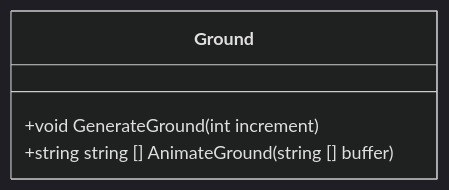
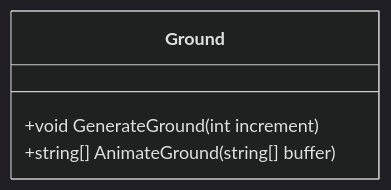
The sixth of 7 diagrams in dokumentasjon/diagram/klasse-diagram.md (NexusWeave/MVP-FlappyBird-cs), drawn with Mermaid (dark theme) before and after one commit.

````diff
--- a/dokumentasjon/diagram/klasse-diagram.md
+++ b/dokumentasjon/diagram/klasse-diagram.md
@@ -87,9 +87,9 @@
 ```mermaid
     classDiagram
         direction TD
 
         class Ground {
             +void GenerateGround(int increment)
-            +string string [] AnimateGround(string [] buffer)
+            +string[] AnimateGround(string[] buffer)
         }
 ```
````
